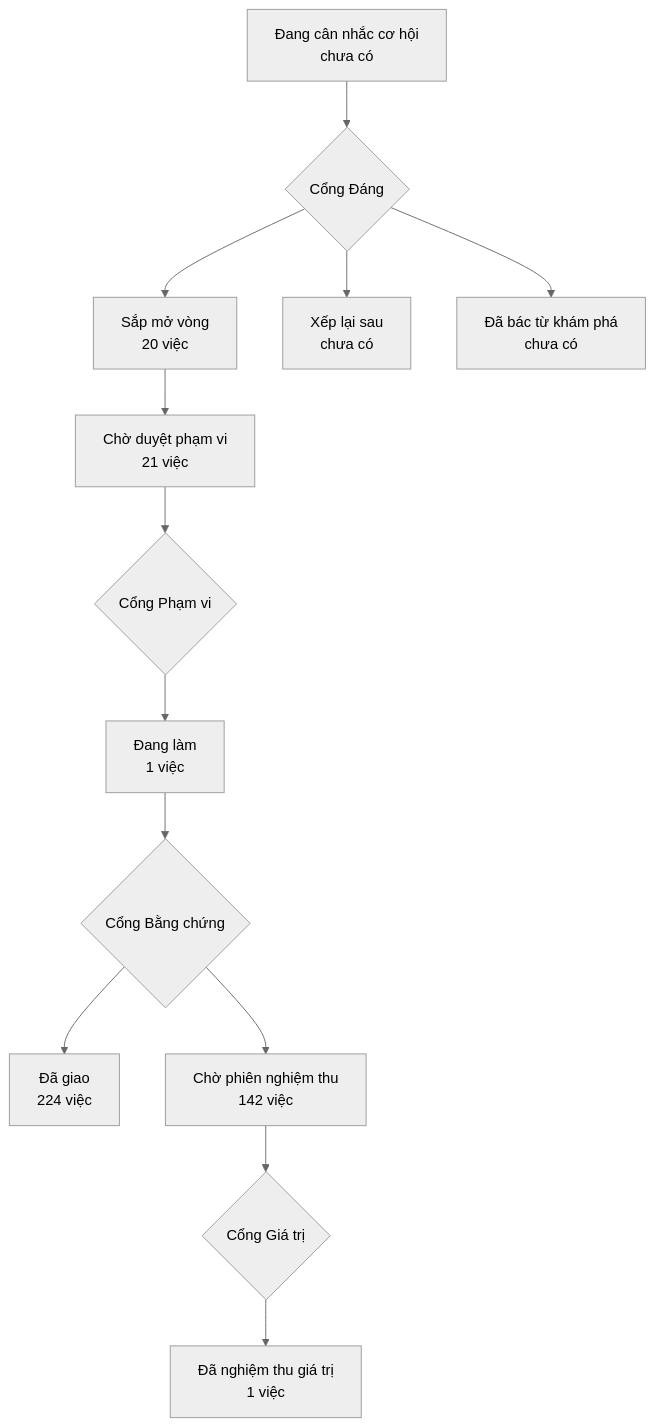
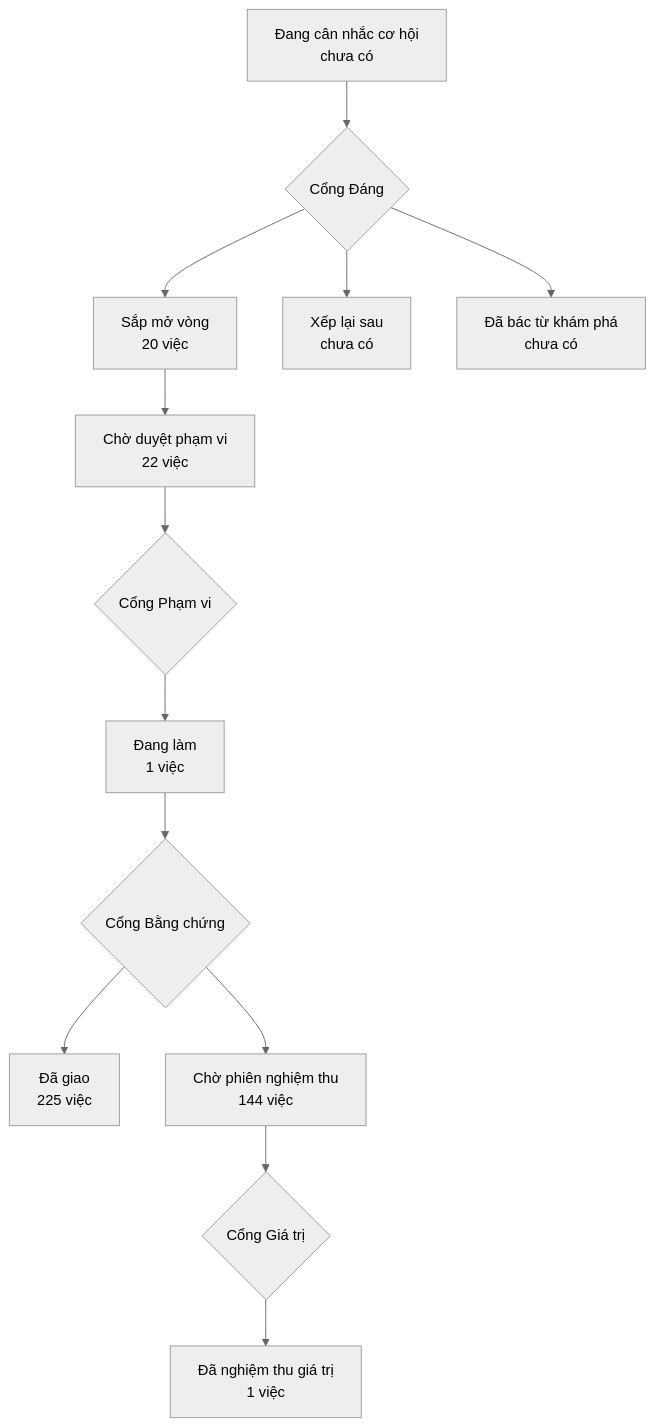
One commit to phanlemanh/onehub-invest changed the diagram in PRODUCT-MAP.md. Above: the diagram before and after it, drawn with Mermaid (neutral theme). The commit also changed other lines of this file and 1 other file, not shown here.

Commit message:
chore(ban-chep-da-loc-cho-may-phat-trien): sinh lại PRODUCT-MAP, LO-TRINH sau nhận main

````diff
--- a/PRODUCT-MAP.md
+++ b/PRODUCT-MAP.md
@@ -7,12 +7,12 @@
 ```mermaid
 flowchart TD
   A["Đang cân nhắc cơ hội<br/>chưa có"] --> GD{"Cổng Đáng"}
   GD --> B["Sắp mở vòng<br/>20 việc"]
   GD --> XL["Xếp lại sau<br/>chưa có"]
   GD --> DB["Đã bác từ khám phá<br/>chưa có"]
-  B --> CD["Chờ duyệt phạm vi<br/>21 việc"] --> GP{"Cổng Phạm vi"}
+  B --> CD["Chờ duyệt phạm vi<br/>22 việc"] --> GP{"Cổng Phạm vi"}
   GP --> DL["Đang làm<br/>1 việc"] --> GB{"Cổng Bằng chứng"}
-  GB --> DG["Đã giao<br/>224 việc"]
-  GB --> CN["Chờ phiên nghiệm thu<br/>142 việc"] --> GG{"Cổng Giá trị"}
+  GB --> DG["Đã giao<br/>225 việc"]
+  GB --> CN["Chờ phiên nghiệm thu<br/>144 việc"] --> GG{"Cổng Giá trị"}
   GG --> NT["Đã nghiệm thu giá trị<br/>1 việc"]
 ```
````
